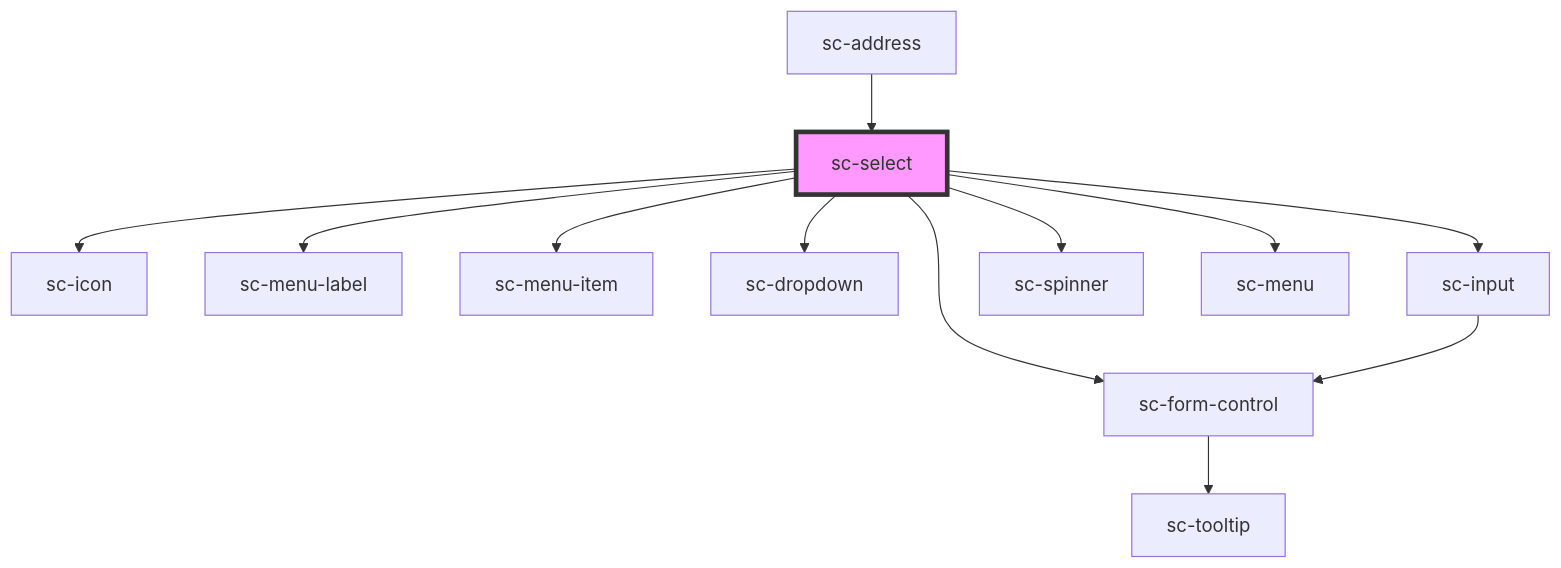
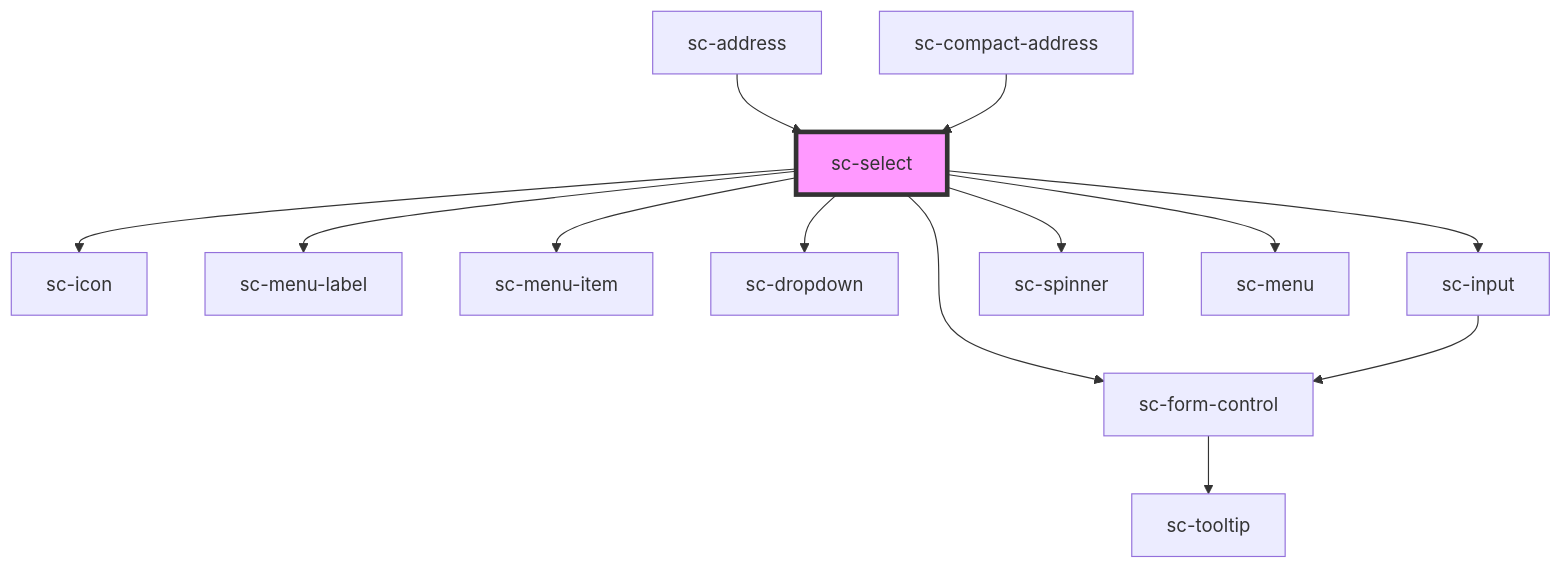
One commit to surecart/surecart-wp-plugin changed the diagram in packages/components/src/components/ui/select/readme.md. Above: the diagram before and after it, drawn with Mermaid. The commit also changed other lines of this file and 146 other files, not shown here.

````diff
--- a/packages/components/src/components/ui/select/readme.md
+++ b/packages/components/src/components/ui/select/readme.md
@@ -97,15 +98,16 @@
 ```mermaid
 graph TD;
   sc-select --> sc-icon
   sc-select --> sc-menu-label
   sc-select --> sc-menu-item
   sc-select --> sc-form-control
   sc-select --> sc-dropdown
   sc-select --> sc-input
   sc-select --> sc-spinner
   sc-select --> sc-menu
   sc-form-control --> sc-tooltip
   sc-input --> sc-form-control
   sc-address --> sc-select
+  sc-compact-address --> sc-select
   style sc-select fill:#f9f,stroke:#333,stroke-width:4px
 ```
````
